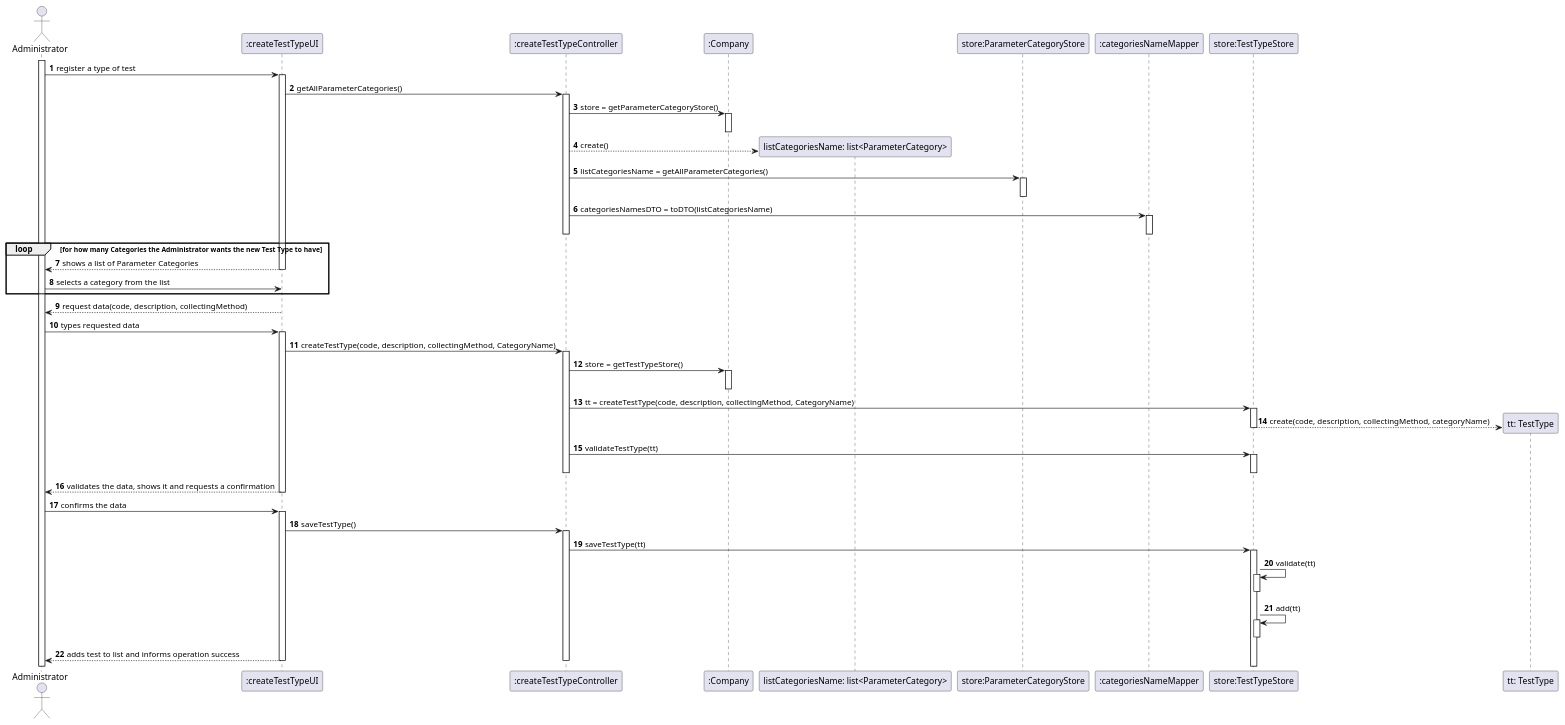
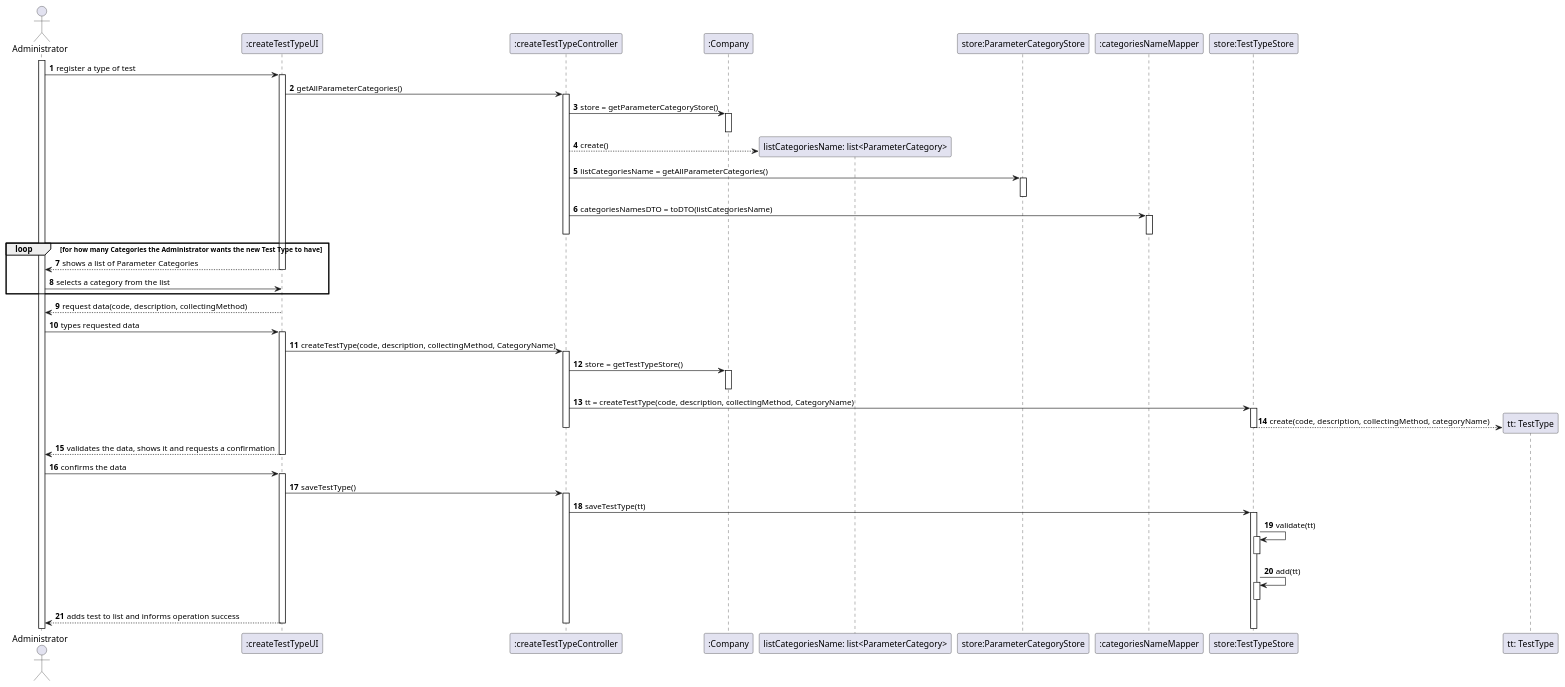
One commit to 0franciscor/lei-21-s2-1de-g19 changed the diagram in docs/SprintB/US09/US09-SD.puml. Above: the diagram before and after it, drawn with PlantUML. The commit also changed 3 other files, not shown here.

```diff
--- a/docs/SprintB/US09/US09-SD.puml
+++ b/docs/SprintB/US09/US09-SD.puml
@@ -1,78 +1,76 @@
 @startuml
 autonumber
 actor "Administrator" as admin
 activate admin
 
 admin -> ":createTestTypeUI" : register a type of test
 
 
 activate ":createTestTypeUI"
 ":createTestTypeUI" -> ":createTestTypeController": getAllParameterCategories()
 
 
 activate ":createTestTypeController"
 ":createTestTypeController" -> ":Company": store = getParameterCategoryStore()
 activate ":Company"
 deactivate ":Company"
 
 
 create "listCategoriesName: list<ParameterCategory>"
 ":createTestTypeController" --> "listCategoriesName: list<ParameterCategory>": create()
 
 
 ":createTestTypeController" -> "store:ParameterCategoryStore": listCategoriesName = getAllParameterCategories()
 activate "store:ParameterCategoryStore"
 deactivate "store:ParameterCategoryStore"
 
 
 ":createTestTypeController" -> ":categoriesNameMapper": categoriesNamesDTO = toDTO(listCategoriesName)
 activate ":categoriesNameMapper"
 deactivate ":categoriesNameMapper"
 deactivate ":createTestTypeController"
 
 loop for how many Categories the Administrator wants the new Test Type to have
 ":createTestTypeUI" --> admin: shows a list of Parameter Categories
 deactivate ":createTestTypeUI"
 admin -> ":createTestTypeUI": selects a category from the list
 end
 
 activate ":createTestTypeUI"
 ":createTestTypeUI" --> admin: request data(code, description, collectingMethod)
 deactivate ":createTestTypeUI"
 deactivate ":createTestTypeUI"
 admin -> ":createTestTypeUI" : types requested data
 activate ":createTestTypeUI"
 ":createTestTypeUI" -> ":createTestTypeController": createTestType(code, description, collectingMethod, CategoryName)
 activate ":createTestTypeController"
 ":createTestTypeController" -> ":Company" : store = getTestTypeStore()
 activate ":Company"
 deactivate ":Company"
 ":createTestTypeController" -> "store:TestTypeStore" : tt = createTestType(code, description, collectingMethod, CategoryName)
 activate "store:TestTypeStore"
 create "tt: TestType"
 "store:TestTypeStore" --> "tt: TestType" : create(code, description, collectingMethod, categoryName)
 deactivate "store:TestTypeStore"
-":createTestTypeController" -> "store:TestTypeStore" : validateTestType(tt)
-activate "store:TestTypeStore"
-deactivate "store:TestTypeStore"
+
 deactivate ":createTestTypeController"
 ":createTestTypeUI" --> admin: validates the data, shows it and requests a confirmation
 deactivate ":createTestTypeUI"
 admin -> ":createTestTypeUI": confirms the data
 activate ":createTestTypeUI"
 ":createTestTypeUI" -> ":createTestTypeController": saveTestType()
 activate ":createTestTypeController"
 
 ":createTestTypeController" -> "store:TestTypeStore"++ : saveTestType(tt)
 "store:TestTypeStore" -> "store:TestTypeStore": validate(tt)
 activate "store:TestTypeStore"
 deactivate "store:TestTypeStore"
 "store:TestTypeStore" -> "store:TestTypeStore": add(tt)
 activate "store:TestTypeStore"
 deactivate "store:TestTypeStore"
 
 
 ":createTestTypeUI" --> admin: adds test to list and informs operation success
 deactivate ":createTestTypeController"
 deactivate ":createTestTypeUI"
 @enduml
```
